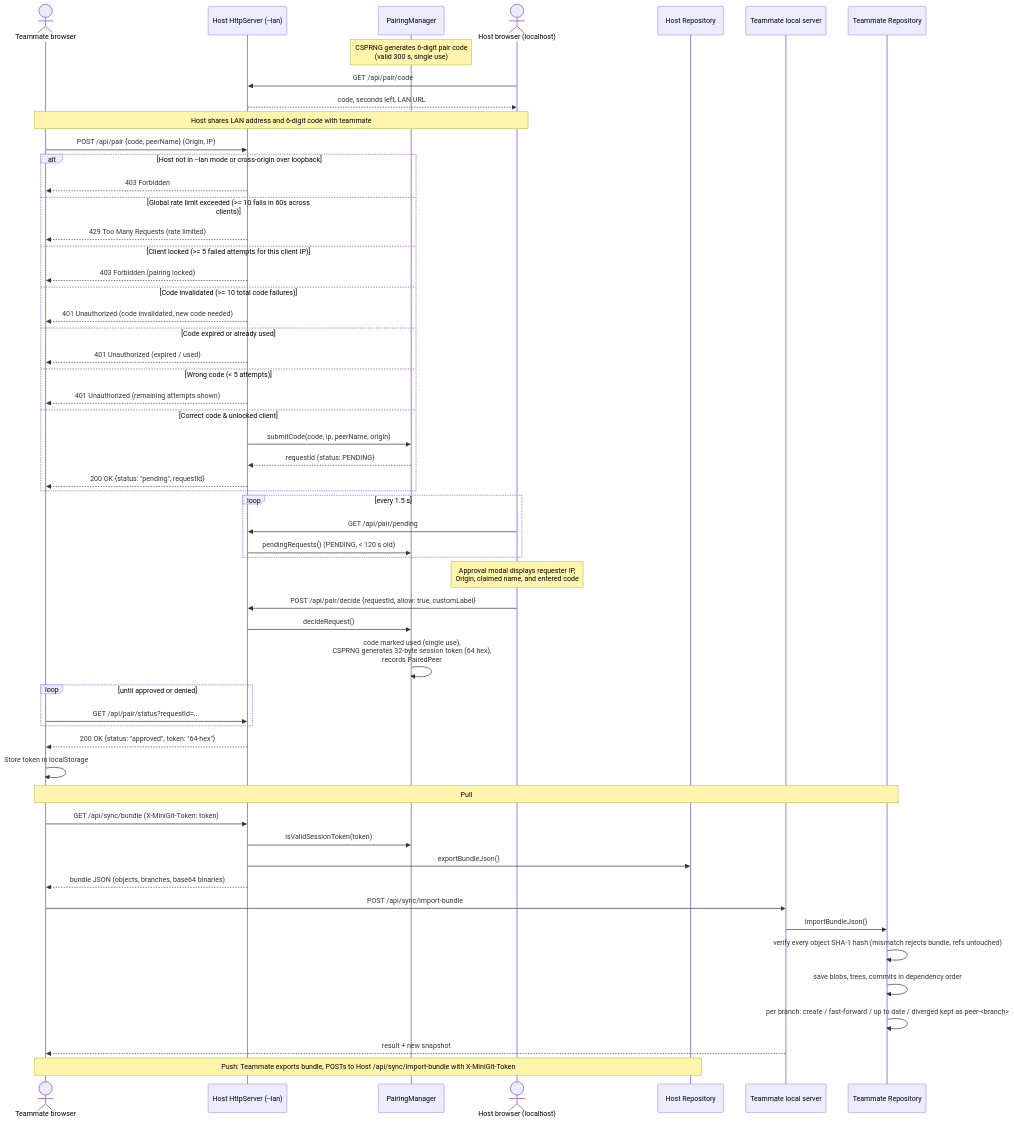
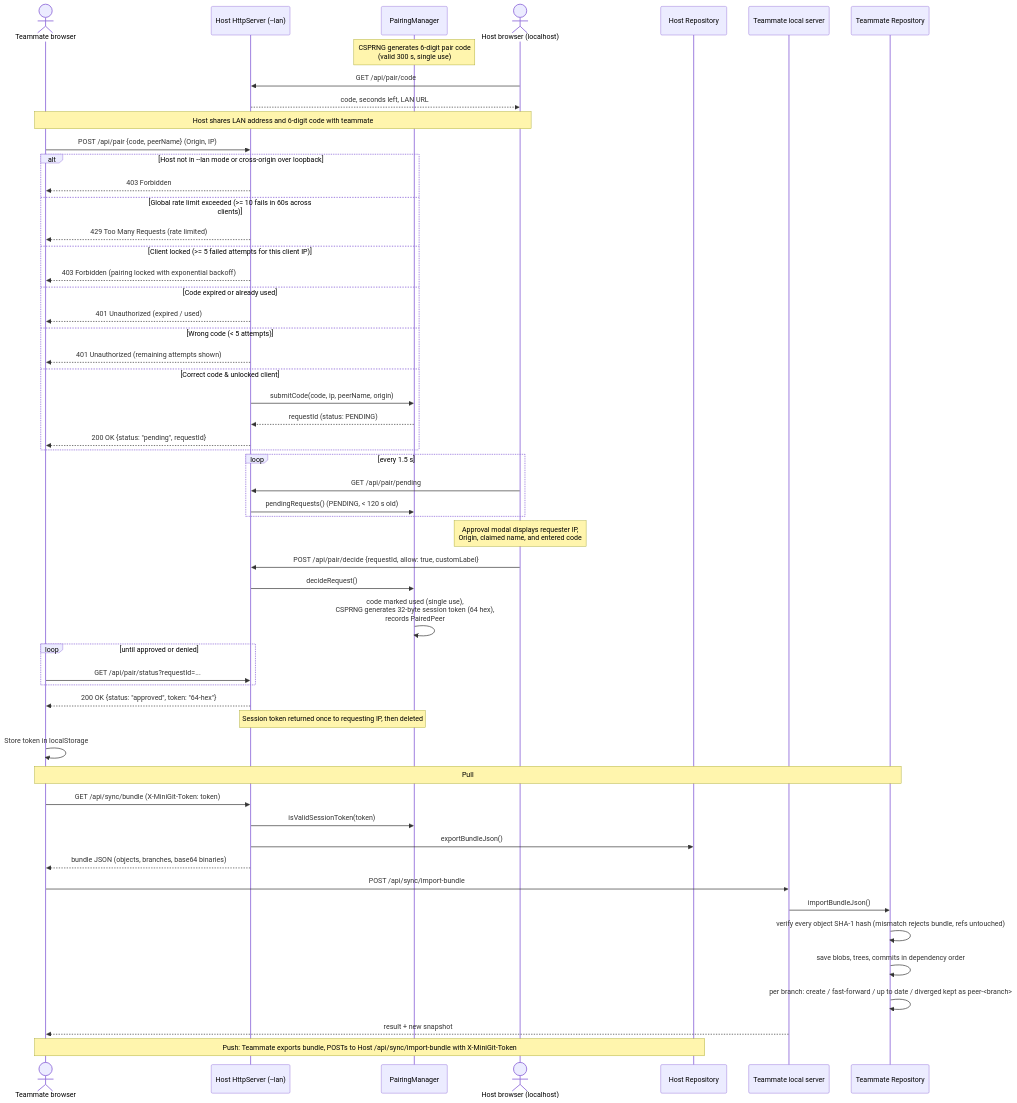
One commit to tavishchaudhary007/Mini-Git changed the diagram in docs/diagrams/sequence-pairing-sync.md. Above: the diagram before and after it, drawn with Mermaid. The commit also changed 5 other files, not shown here.

Commit message:
docs: update documentation and diagrams for security hardening, lockout backoff, and single-use session tokens

````diff
--- a/docs/diagrams/sequence-pairing-sync.md
+++ b/docs/diagrams/sequence-pairing-sync.md
@@ -5,63 +5,62 @@
 ```mermaid
 sequenceDiagram
     actor T as Teammate browser
     participant HS as Host HttpServer (--lan)
     participant PM as PairingManager
     actor HO as Host browser (localhost)
     participant HR as Host Repository
     participant TS as Teammate local server
     participant TR as Teammate Repository
 
     Note over PM: CSPRNG generates 6-digit pair code<br/>(valid 300 s, single use)
     HO->>HS: GET /api/pair/code
     HS-->>HO: code, seconds left, LAN URL
     Note over HO,T: Host shares LAN address and 6-digit code with teammate
 
     T->>HS: POST /api/pair {code, peerName} (Origin, IP)
     alt Host not in --lan mode or cross-origin over loopback
         HS-->>T: 403 Forbidden
     else Global rate limit exceeded (>= 10 fails in 60s across clients)
         HS-->>T: 429 Too Many Requests (rate limited)
     else Client locked (>= 5 failed attempts for this client IP)
-        HS-->>T: 403 Forbidden (pairing locked)
-    else Code invalidated (>= 10 total code failures)
-        HS-->>T: 401 Unauthorized (code invalidated, new code needed)
+        HS-->>T: 403 Forbidden (pairing locked with exponential backoff)
     else Code expired or already used
         HS-->>T: 401 Unauthorized (expired / used)
     else Wrong code (< 5 attempts)
         HS-->>T: 401 Unauthorized (remaining attempts shown)
     else Correct code & unlocked client
         HS->>PM: submitCode(code, ip, peerName, origin)
         PM-->>HS: requestId (status: PENDING)
         HS-->>T: 200 OK {status: "pending", requestId}
     end
 
     loop every 1.5 s
         HO->>HS: GET /api/pair/pending
         HS->>PM: pendingRequests() (PENDING, < 120 s old)
     end
     Note over HO: Approval modal displays requester IP,<br/>Origin, claimed name, and entered code
     HO->>HS: POST /api/pair/decide {requestId, allow: true, customLabel}
     HS->>PM: decideRequest()
     PM->>PM: code marked used (single use),<br/>CSPRNG generates 32-byte session token (64 hex),<br/>records PairedPeer
 
     loop until approved or denied
         T->>HS: GET /api/pair/status?requestId=...
     end
     HS-->>T: 200 OK {status: "approved", token: "64-hex"}
+    Note over HS,PM: Session token returned once to requesting IP, then deleted
     T->>T: Store token in localStorage
 
     Note over T,TR: Pull
     T->>HS: GET /api/sync/bundle (X-MiniGit-Token: token)
     HS->>PM: isValidSessionToken(token)
     HS->>HR: exportBundleJson()
     HS-->>T: bundle JSON (objects, branches, base64 binaries)
     T->>TS: POST /api/sync/import-bundle
     TS->>TR: importBundleJson()
     TR->>TR: verify every object SHA-1 hash (mismatch rejects bundle, refs untouched)
     TR->>TR: save blobs, trees, commits in dependency order
     TR->>TR: per branch: create / fast-forward / up to date / diverged kept as peer-<branch>
     TS-->>T: result + new snapshot
 
     Note over T,HR: Push: Teammate exports bundle, POSTs to Host /api/sync/import-bundle with X-MiniGit-Token
 ```
````
